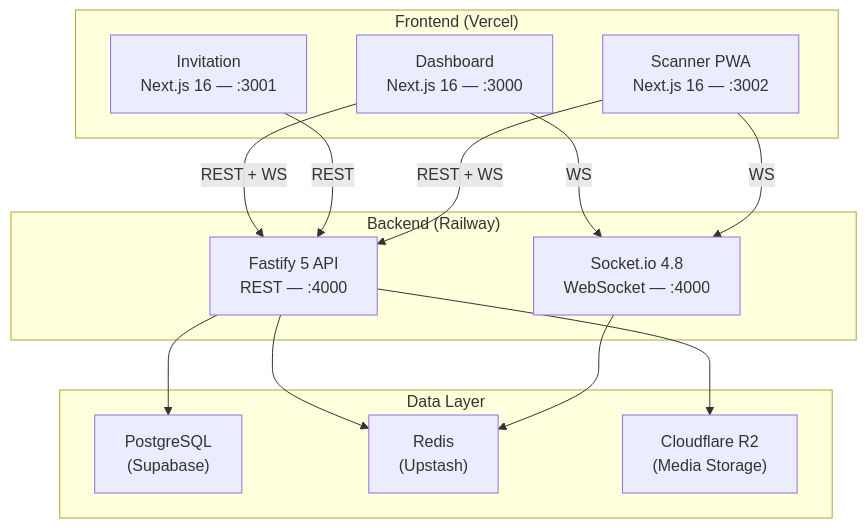
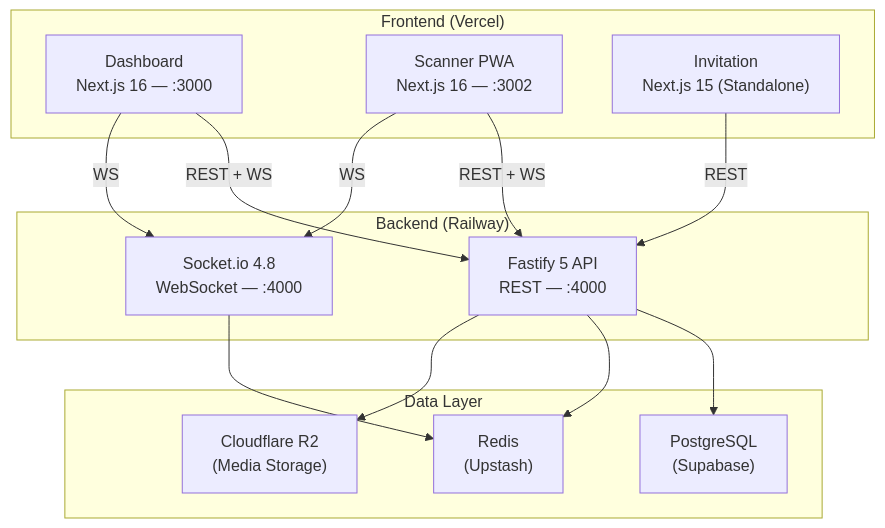
One commit to maru-story/wedding-ecosystem changed the first of 9 diagrams in .agents/summary/architecture.md. Above: the diagram before and after it, drawn with Mermaid. The commit also changed other lines of this file and 148 other files, not shown here.

````diff
--- a/.agents/summary/architecture.md
+++ b/.agents/summary/architecture.md
@@ -5,30 +5,30 @@
 ```mermaid
 graph TB
     subgraph "Frontend (Vercel)"
         Dashboard["Dashboard<br/>Next.js 16 — :3000"]
-        Invitation["Invitation<br/>Next.js 16 — :3001"]
         Scanner["Scanner PWA<br/>Next.js 16 — :3002"]
+        Invitation["Invitation<br/>Next.js 15 (Standalone)"]
     end
 
     subgraph "Backend (Railway)"
         API["Fastify 5 API<br/>REST — :4000"]
         WS["Socket.io 4.8<br/>WebSocket — :4000"]
     end
 
     subgraph "Data Layer"
         PG["PostgreSQL<br/>(Supabase)"]
         Redis["Redis<br/>(Upstash)"]
         R2["Cloudflare R2<br/>(Media Storage)"]
     end
 
     Dashboard -->|REST + WS| API
     Dashboard -->|WS| WS
     Invitation -->|REST| API
     Scanner -->|REST + WS| API
     Scanner -->|WS| WS
 
     API --> PG
     API --> Redis
     API --> R2
     WS --> Redis
 ```
````
